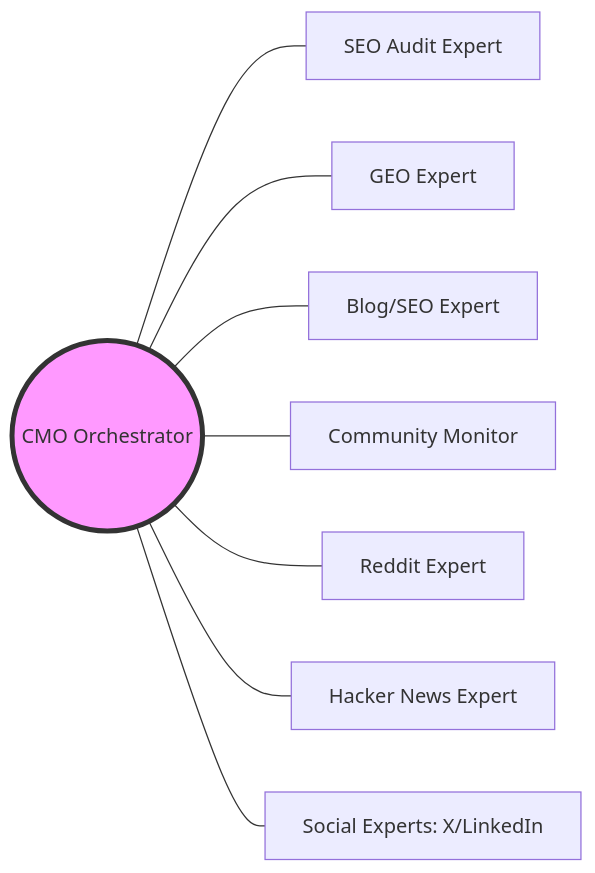
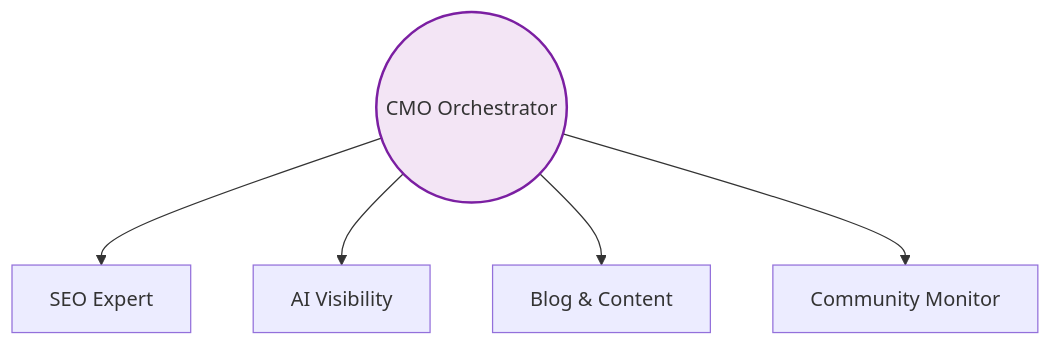
One commit to utkarsh-umang/ai-cmo changed the third of 4 diagrams in AGENT_ORCHESTRATION.md. Above: the diagram before and after it, drawn with Mermaid. The commit also changed other lines of this file, not shown here.

Commit message:
fix: simpler diagrams

````diff
--- a/AGENT_ORCHESTRATION.md
+++ b/AGENT_ORCHESTRATION.md
@@ -121,12 +89,10 @@
 ```mermaid
-graph LR
-    CMO((CMO Orchestrator)) --- SEO[SEO Audit Expert]
-    CMO --- GEO[GEO Expert]
-    CMO --- Blog[Blog/SEO Expert]
-    CMO --- Comm[Community Monitor]
-    CMO --- Reddit[Reddit Expert]
-    CMO --- HN[Hacker News Expert]
-    CMO --- Soc[Social Experts: X/LinkedIn]
+graph TD
+    CMO((CMO Orchestrator))
+    CMO --> SEO[SEO Expert]
+    CMO --> GEO[AI Visibility]
+    CMO --> Content[Blog & Content]
+    CMO --> Comm[Community Monitor]
     
-    style CMO fill:#f9f,stroke:#333,stroke-width:4px
+    style CMO fill:#f3e5f5,stroke:#7b1fa2,stroke-width:2px
 ```
````
